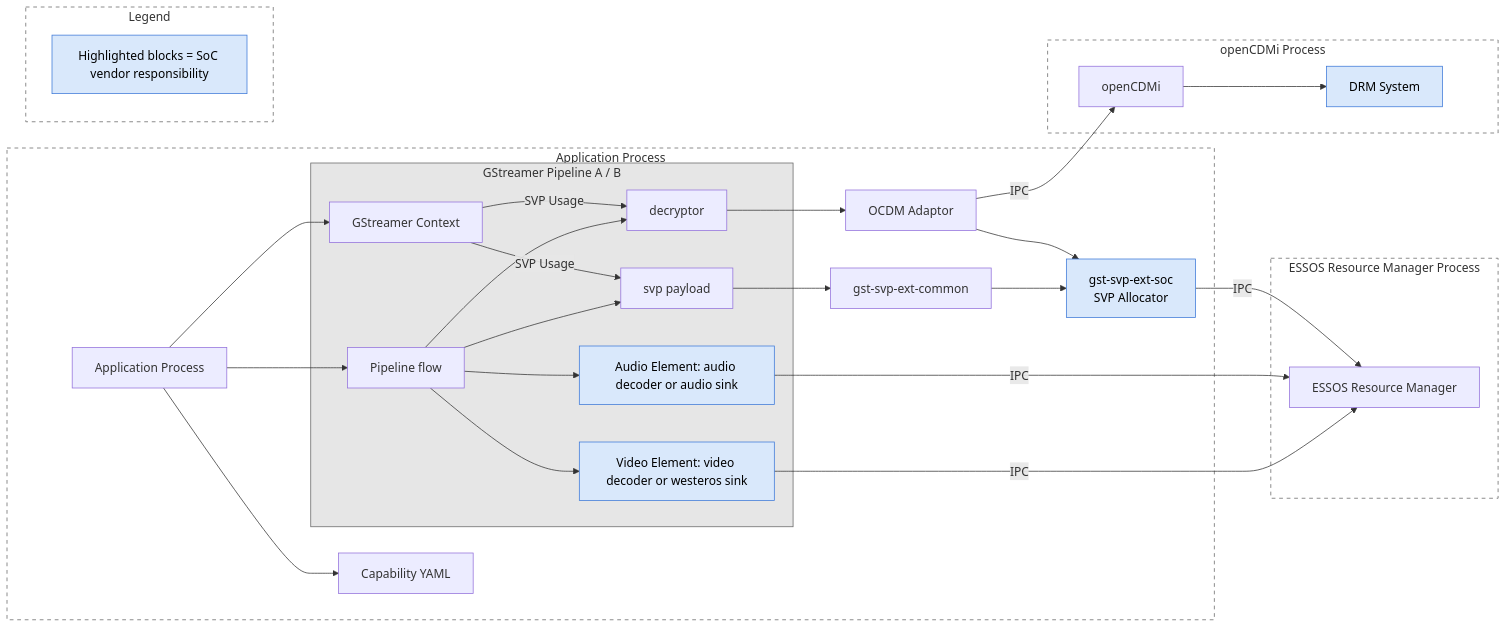
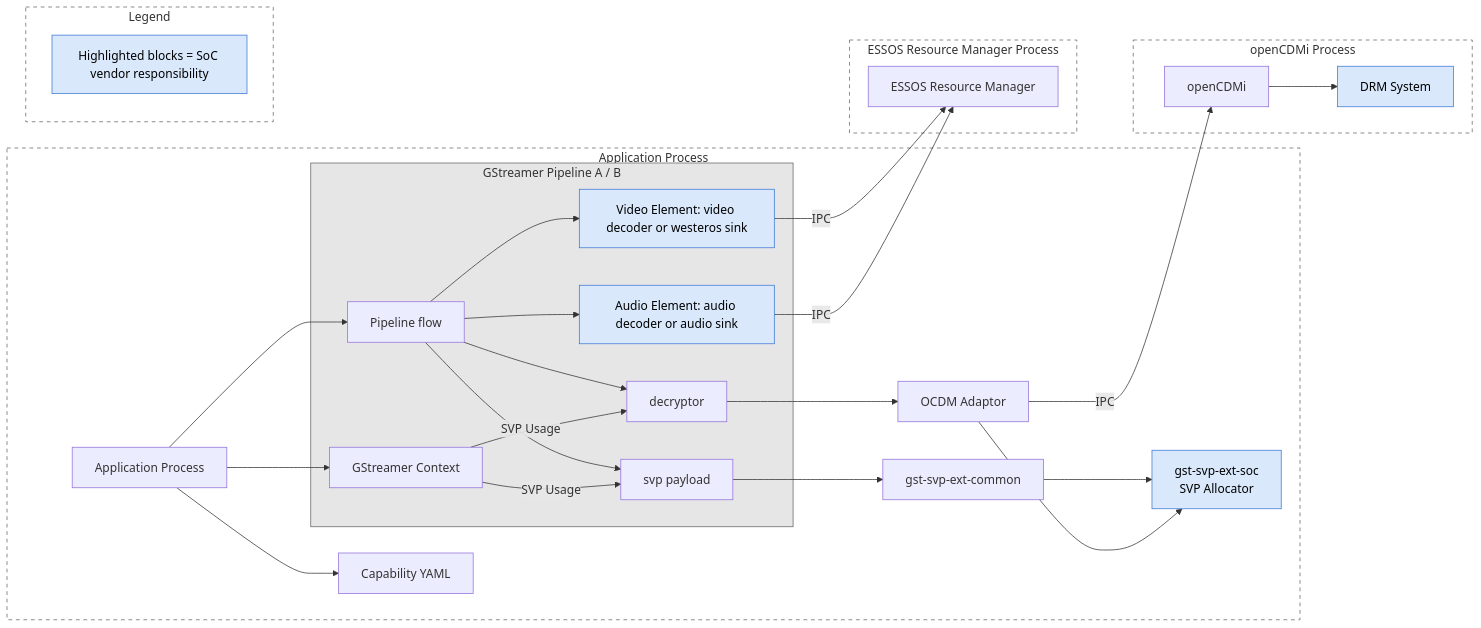
One commit to rdkcentral/rdk-hpk-documentation changed the first of 6 diagrams in doc/SPECIFICATION-dual-decode-legacy-av-hal-extension.md. Above: the diagram before and after it, drawn with Mermaid. The commit also changed other lines of this file, not shown here.

Commit message:
Tighten dual-decode spec wording and remove stale SVP IPC path

````diff
--- a/doc/SPECIFICATION-dual-decode-legacy-av-hal-extension.md
+++ b/doc/SPECIFICATION-dual-decode-legacy-av-hal-extension.md
@@ -54,58 +54,57 @@
 ```mermaid
 graph LR
     subgraph APP[Application Process]
         App[Application Process]
         subgraph GSTP[GStreamer Pipeline A / B]
             GST[Pipeline flow]
             Ctx[GStreamer Context]
             DEC[decryptor]
             SVPP[svp payload]
             VARB["Video Element: video decoder or westeros sink"]
             AARB["Audio Element: audio decoder or audio sink"]
         end
         App --> GST
         GST --> DEC
         GST --> SVPP
         GST --> VARB
         GST --> AARB
         App --> Ctx
         Ctx -->|SVP Usage| DEC
         Ctx -->|SVP Usage| SVPP
         App --> YAML[Capability YAML]
         DEC --> OCDM[OCDM Adaptor]
         SVPP --> SVPC[gst-svp-ext-common]
         SVPC --> SVPE[gst-svp-ext-soc<br/>SVP Allocator]
         OCDM --> SVPE
     end
 
     subgraph OCP[openCDMi Process]
         OPENCDM[openCDMi]
         DRM[DRM System]
     end
 
     subgraph LEG[Legend]
         LRESP[Highlighted blocks = SoC vendor responsibility]
     end
 
     OCDM -->|IPC| OPENCDM
     OPENCDM --> DRM
 
     subgraph RMP[ESSOS Resource Manager Process]
         RM[ESSOS Resource Manager]
     end
 
     VARB -->|IPC| RM
     AARB -->|IPC| RM
-    SVPE -->|IPC| RM
 
     style APP fill:none,stroke:#666,stroke-width:1px,stroke-dasharray: 5 5
     style GSTP fill:#e6e6e6,stroke:#666,stroke-width:1px
     style LEG fill:none,stroke:#666,stroke-width:1px,stroke-dasharray: 5 5
     style OCP fill:none,stroke:#666,stroke-width:1px,stroke-dasharray: 5 5
     style RMP fill:none,stroke:#666,stroke-width:1px,stroke-dasharray: 5 5
     style VARB fill:#d9e8fb,stroke:#3c78d8,stroke-width:1px,color:#000
     style AARB fill:#d9e8fb,stroke:#3c78d8,stroke-width:1px,color:#000
     style SVPE fill:#d9e8fb,stroke:#3c78d8,stroke-width:1px,color:#000
     style DRM fill:#d9e8fb,stroke:#3c78d8,stroke-width:1px,color:#000
     style LRESP fill:#d9e8fb,stroke:#3c78d8,stroke-width:1px,color:#000
 ```
````
